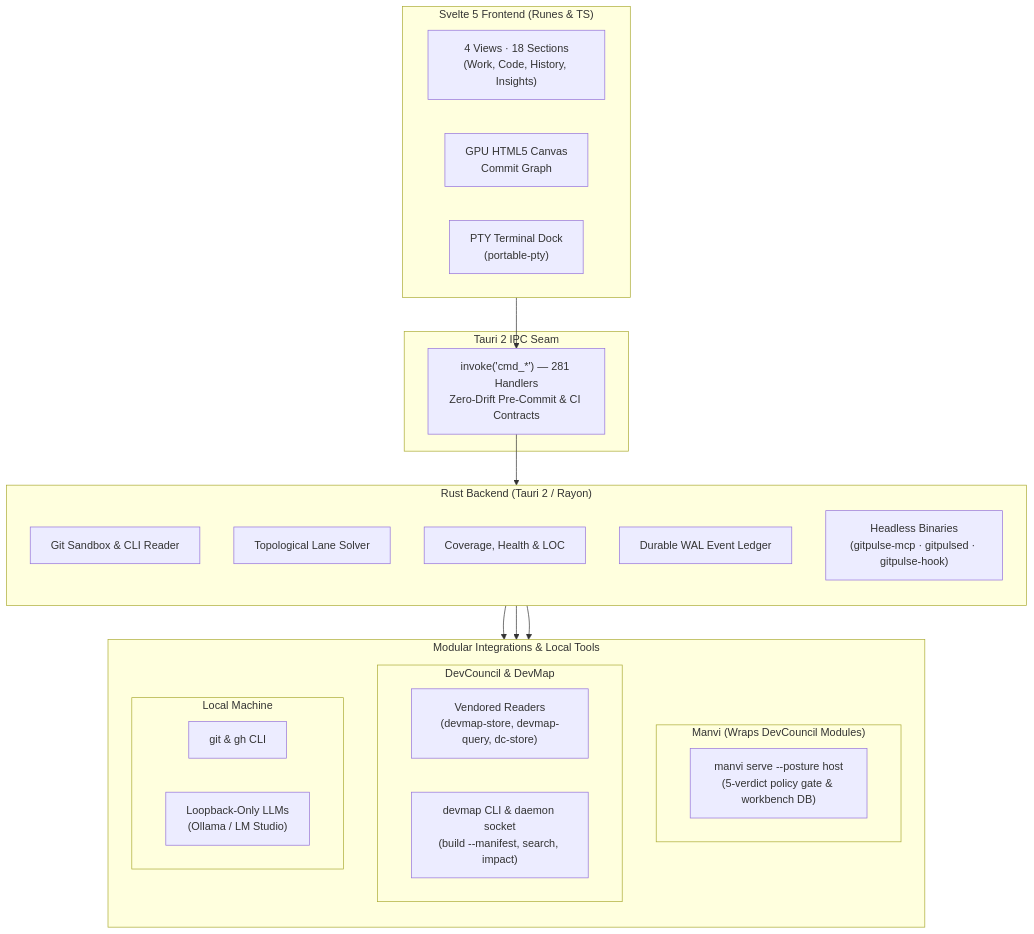
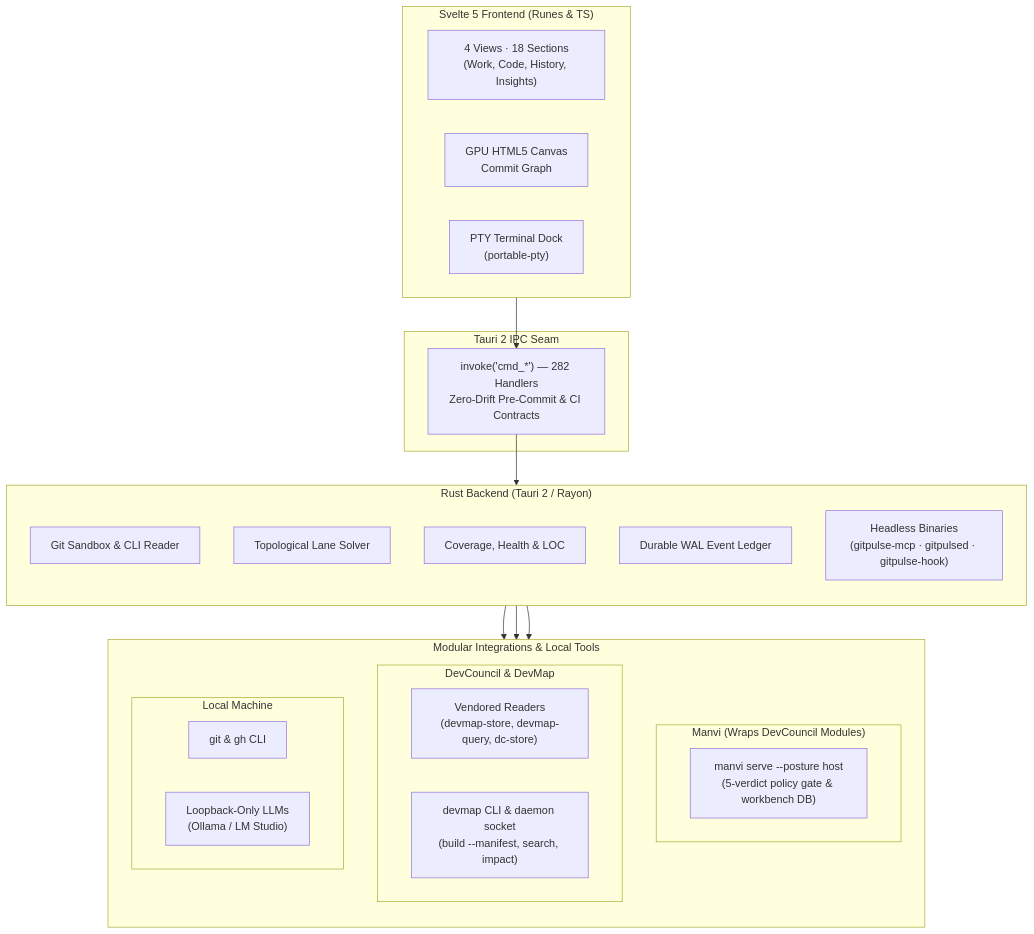
The diagram in README.md (bharathvbcr/GitPulse), drawn with Mermaid before and after one commit. The commit also changed 14 other files, not shown here.

````diff
--- a/README.md
+++ b/README.md
@@ -123,43 +123,43 @@
 ```mermaid
 flowchart TB
     subgraph Frontend["Svelte 5 Frontend (Runes & TS)"]
         direction LR
         Views["4 Views · 18 Sections<br/>(Work, Code, History, Insights)"]
         Canvas["GPU HTML5 Canvas<br/>Commit Graph"]
         TerminalDock["PTY Terminal Dock<br/>(portable-pty)"]
     end
 
     subgraph IPC["Tauri 2 IPC Seam"]
-        Bridge["invoke('cmd_*') — 281 Handlers<br/>Zero-Drift Pre-Commit & CI Contracts"]
+        Bridge["invoke('cmd_*') — 282 Handlers<br/>Zero-Drift Pre-Commit & CI Contracts"]
     end
 
     subgraph Backend["Rust Backend (Tauri 2 / Rayon)"]
         direction TB
         GitEngine["Git Sandbox & CLI Reader"]
         LaneSolver["Topological Lane Solver"]
         Analyzers["Coverage, Health & LOC"]
         Ledger["Durable WAL Event Ledger"]
         Headless["Headless Binaries<br/>(gitpulse-mcp · gitpulsed · gitpulse-hook)"]
     end
 
     subgraph Integrations["Modular Integrations & Local Tools"]
         direction TB
         subgraph ManviWrap["Manvi (Wraps DevCouncil Modules)"]
             ManviSidecar["manvi serve --posture host<br/>(5-verdict policy gate & workbench DB)"]
         end
         subgraph DevCouncilMods["DevCouncil & DevMap"]
             Vendored["Vendored Readers<br/>(devmap-store, devmap-query, dc-store)"]
             DevMapCLI["devmap CLI & daemon socket<br/>(build --manifest, search, impact)"]
         end
         subgraph LocalTools["Local Machine"]
             CLI["git & gh CLI"]
             LocalLLM["Loopback-Only LLMs<br/>(Ollama / LM Studio)"]
         end
     end
 
     Frontend --> Bridge
     Bridge --> Backend
     Backend --> ManviWrap
     Backend --> DevCouncilMods
     Backend --> LocalTools
 ```
````
